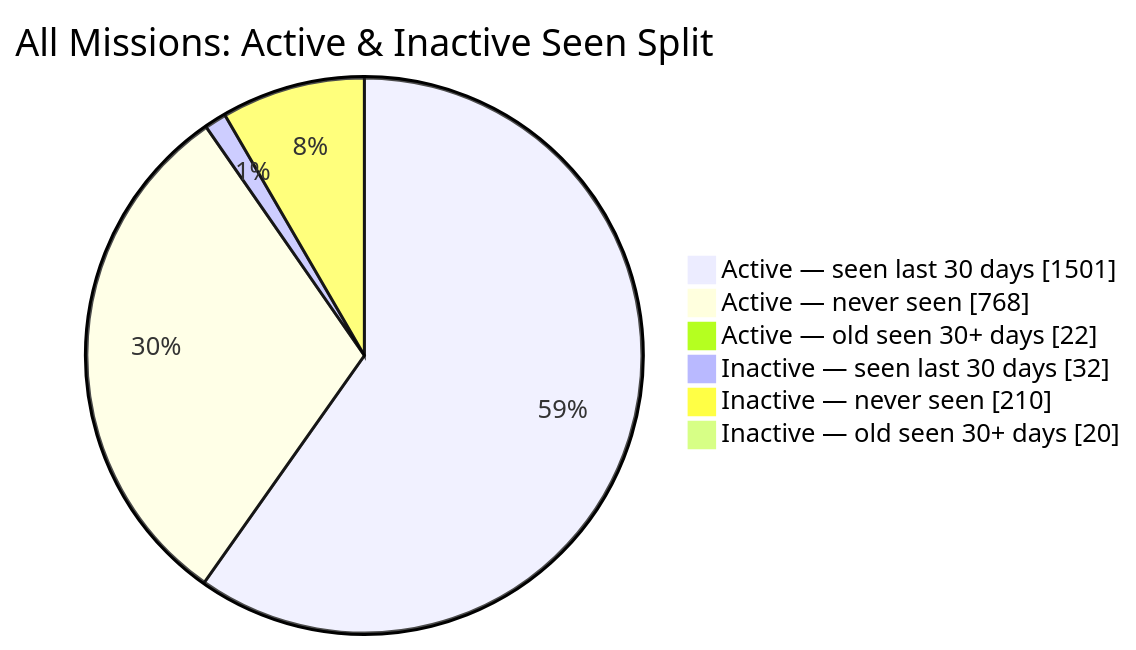
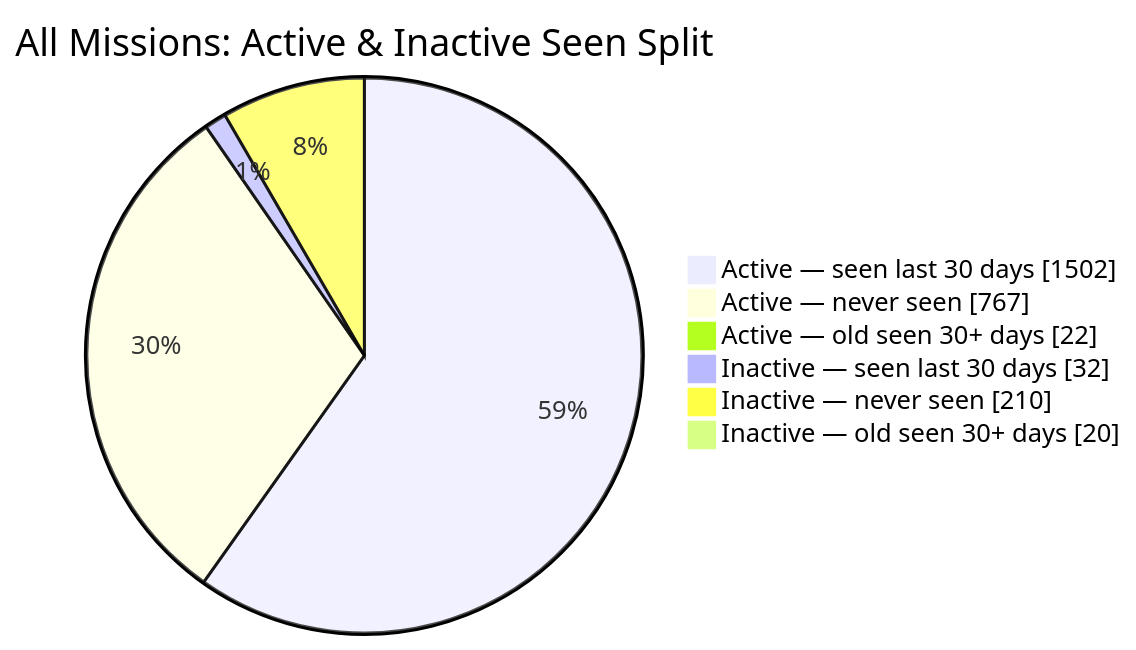
Before and after one commit to MeldkamerspelGameTeam/active-missions: the second of 2 diagrams in README.md, drawn with Mermaid. The commit also changed other lines of this file and 2 other files, not shown here.

````diff
--- a/README.md
+++ b/README.md
@@ -44,10 +44,10 @@
 ```mermaid
 pie showData
     title All Missions: Active & Inactive Seen Split
-    "Active — seen last 30 days" : 1501
-    "Active — never seen" : 768
+    "Active — seen last 30 days" : 1502
+    "Active — never seen" : 767
     "Active — old seen 30+ days" : 22
     "Inactive — seen last 30 days" : 32
     "Inactive — never seen" : 210
     "Inactive — old seen 30+ days" : 20
 ```
````
